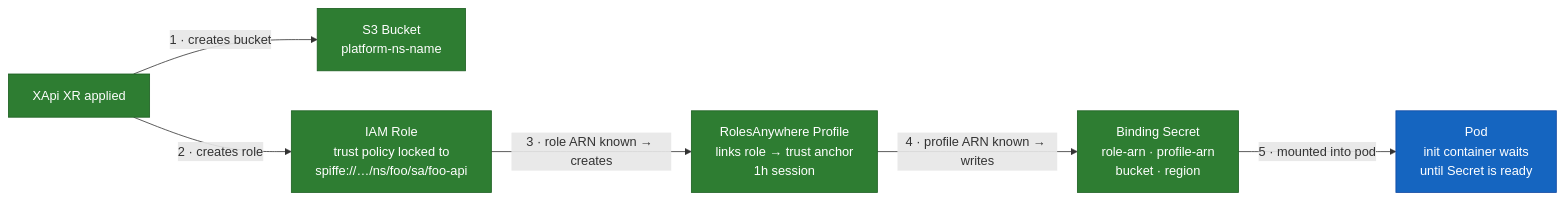
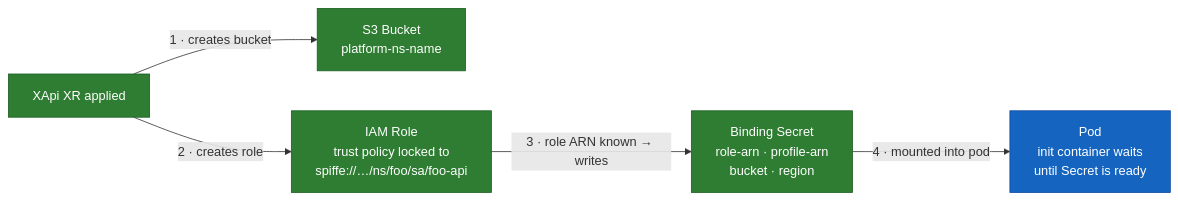
One commit to cujarrett/homelab changed the first of 2 diagrams in docs/workload-identity.md. Above: the diagram before and after it, drawn with Mermaid. The commit also changed other lines of this file, not shown here.

Commit message:
chore: update workload identity documentation to remove RolesAnywhere profile references and clarify IAM role creation process

````diff
--- a/docs/workload-identity.md
+++ b/docs/workload-identity.md
@@ -15,21 +15,19 @@
 ```mermaid
 %%{init: {'flowchart': {'nodeSpacing': 50, 'rankSpacing': 50}}}%%
 flowchart LR
     xr["XApi XR applied"]
     bucket["S3 Bucket\nplatform-ns-name"]
     role["IAM Role\ntrust policy locked to\nspiffe://…/ns/foo/sa/foo-api"]
-    profile["RolesAnywhere Profile\nlinks role → trust anchor\n1h session"]
     secret["Binding Secret\nrole-arn · profile-arn\nbucket · region"]
     pod["Pod\ninit container waits\nuntil Secret is ready"]
 
     xr -->|"1 · creates bucket"| bucket
     xr -->|"2 · creates role"| role
-    role -->|"3 · role ARN known → creates"| profile
-    profile -->|"4 · profile ARN known → writes"| secret
-    secret -->|"5 · mounted into pod"| pod
+    role -->|"3 · role ARN known → writes"| secret
+    secret -->|"4 · mounted into pod"| pod
 
     classDef crossplaneStyle fill:#2E7D32,stroke:#1B5E20,color:#fff
     classDef podStyle fill:#1565C0,stroke:#0D47A1,color:#fff
-    class xr,bucket,role,profile,secret crossplaneStyle
+    class xr,bucket,role,secret crossplaneStyle
     class pod podStyle
 ```
````
